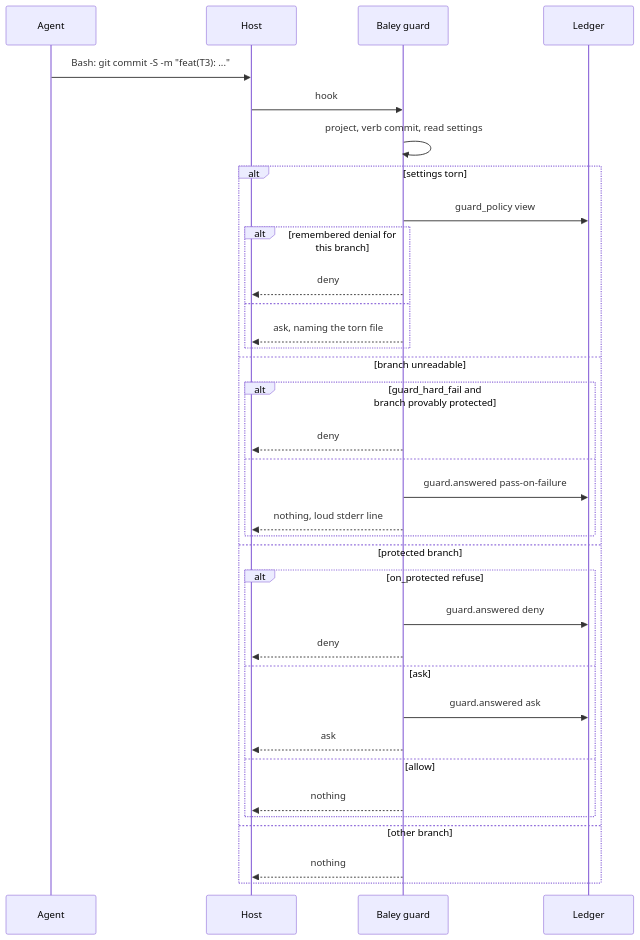
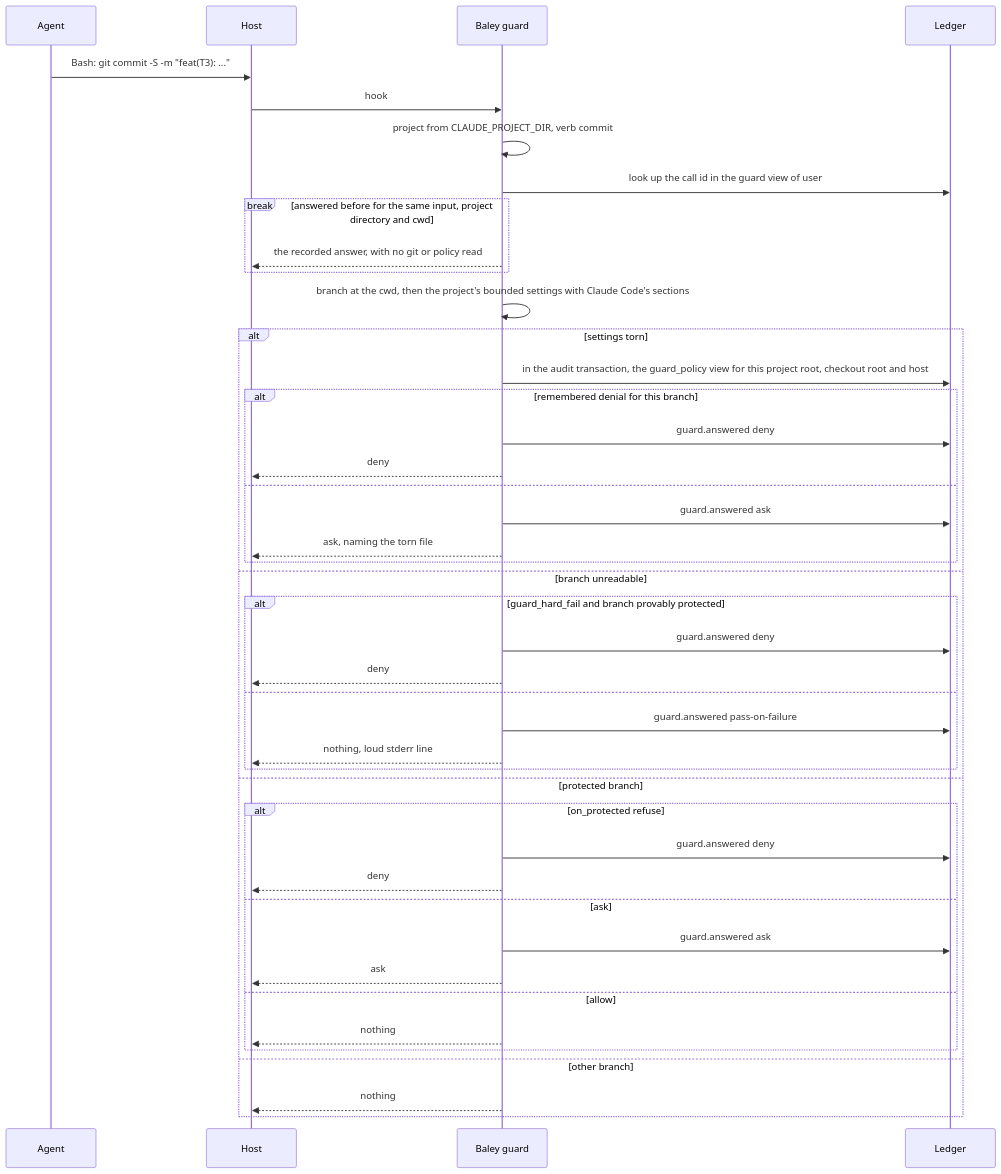
The third of 3 diagrams in docs/design/0010-guard.md (crenshawdev/baley), drawn with Mermaid before and after one commit. The commit also changed other lines of this file, not shown here.

First line of the commit message:
docs(design): show the guard's per-user records and redelivery in design 0010

````diff
--- a/docs/design/0010-guard.md
+++ b/docs/design/0010-guard.md
@@ -209,37 +245,45 @@
 ```mermaid
 sequenceDiagram
   participant A as Agent
   participant H as Host
   participant G as Baley guard
   participant L as Ledger
   A->>H: Bash: git commit -S -m "feat(T3): ..."
   H->>G: hook
-  G->>G: project, verb commit, read settings
+  G->>G: project from CLAUDE_PROJECT_DIR, verb commit
+  G->>L: look up the call id in the guard view of user
+  break answered before for the same input, project directory and cwd
+    G-->>H: the recorded answer, with no git or policy read
+  end
+  G->>G: branch at the cwd, then the project's bounded settings with Claude Code's sections
   alt settings torn
-    G->>L: guard_policy view
+    G->>L: in the audit transaction, the guard_policy view for this project root, checkout root and host
     alt remembered denial for this branch
+      G->>L: guard.answered deny
       G-->>H: deny
     else
+      G->>L: guard.answered ask
       G-->>H: ask, naming the torn file
     end
   else branch unreadable
     alt guard_hard_fail and branch provably protected
+      G->>L: guard.answered deny
       G-->>H: deny
     else
       G->>L: guard.answered pass-on-failure
       G-->>H: nothing, loud stderr line
     end
   else protected branch
     alt on_protected refuse
       G->>L: guard.answered deny
       G-->>H: deny
     else ask
       G->>L: guard.answered ask
       G-->>H: ask
     else allow
       G-->>H: nothing
     end
   else other branch
     G-->>H: nothing
   end
 ```
````
